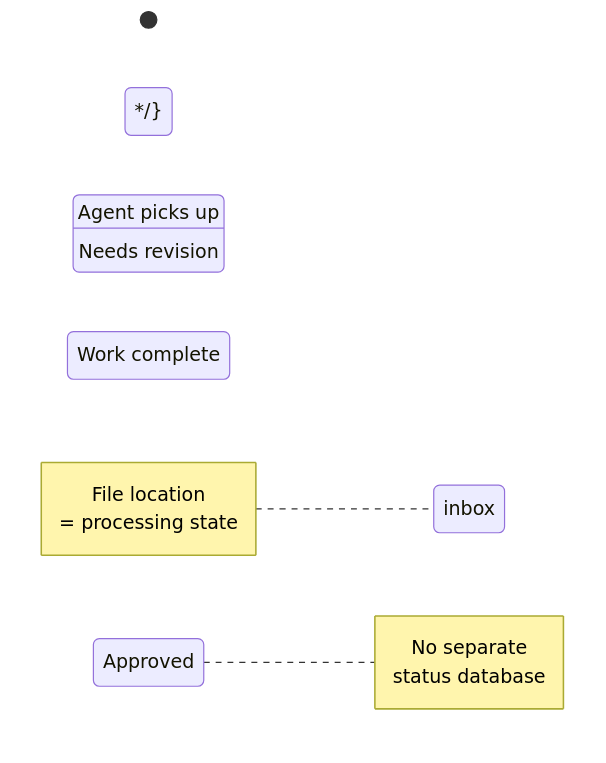
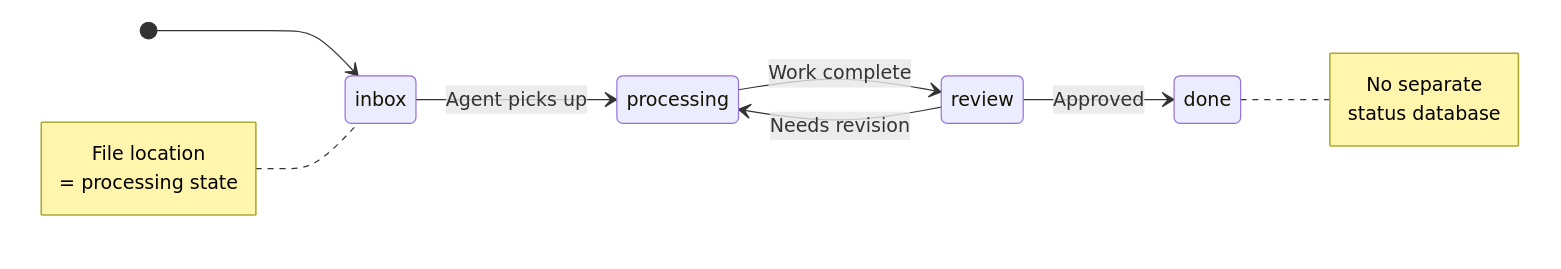
Before and after one commit to aDNA-Network/aDNA.aDNA: the fourth of 5 diagrams in site/src/content/reference/design-rationale.mdx, drawn with Mermaid. The commit also changed other lines of this file and 30 other files, not shown here.

````diff
--- a/site/src/content/reference/design-rationale.mdx
+++ b/site/src/content/reference/design-rationale.mdx
@@ -398,12 +398,12 @@
 ```mermaid
 stateDiagram-v2
     direction LR
-    [*] */} inbox
-    inbox */} processing: Agent picks up
-    processing */} review: Work complete
-    review */} done: Approved
-    review */} processing: Needs revision
+    [*] --> inbox
+    inbox --> processing: Agent picks up
+    processing --> review: Work complete
+    review --> done: Approved
+    review --> processing: Needs revision
 
     note left of inbox: File location<br/>= processing state
     note right of done: No separate<br/>status database
 ```
````
